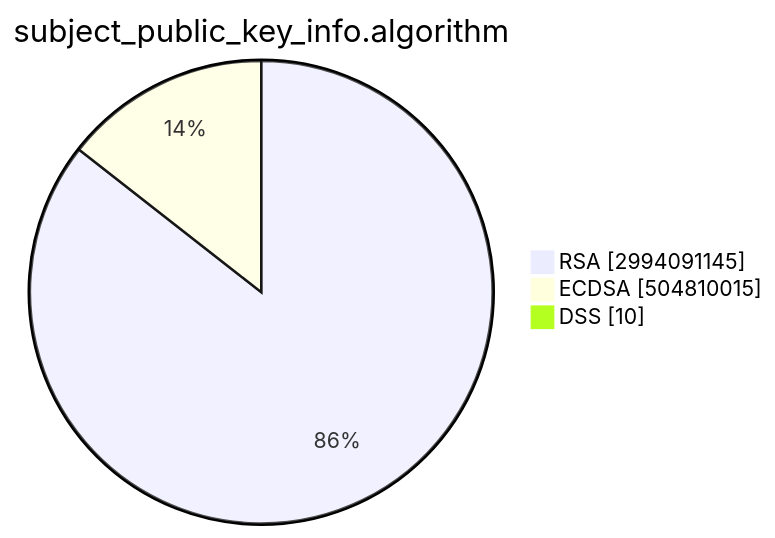
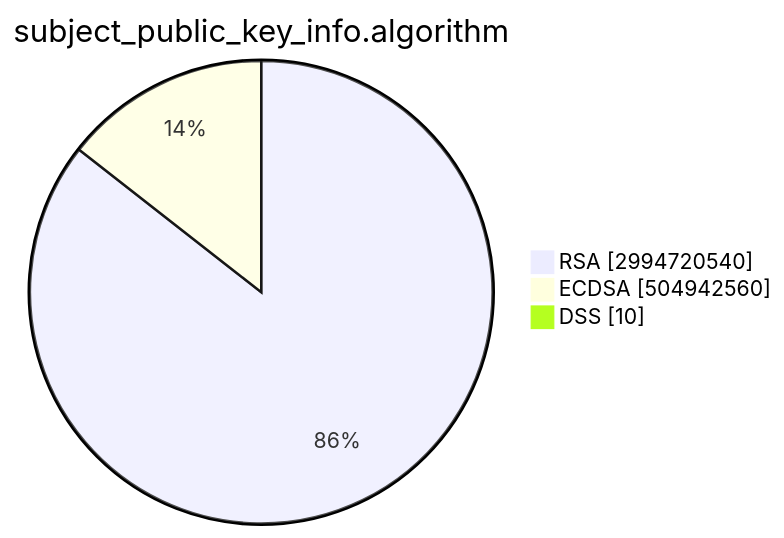
The second of 15 diagrams in TOTAL/README.md (christiankrug/ctmonitor_visualization), drawn with Mermaid before and after one commit. The commit also changed other lines of this file, not shown here.

````diff
--- a/TOTAL/README.md
+++ b/TOTAL/README.md
@@ -6,7 +6,7 @@
 ```mermaid
 pie showData
 title subject_public_key_info.algorithm
-"RSA" :2994091145
-"ECDSA" :504810015
+"RSA" :2994720540
+"ECDSA" :504942560
 "DSS" :10
 ```
````
